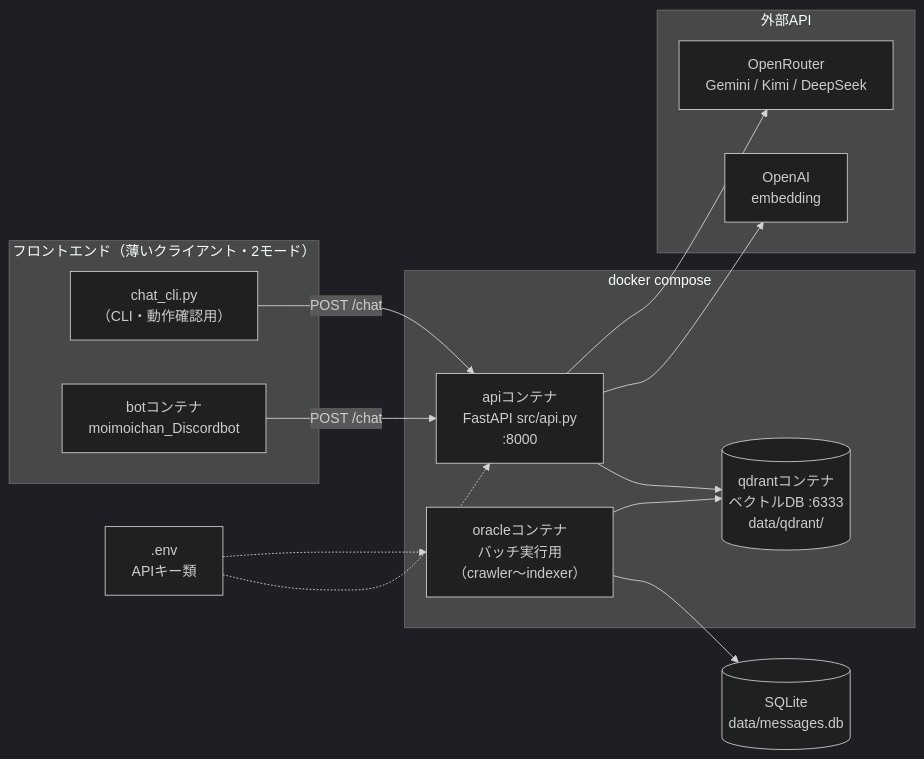
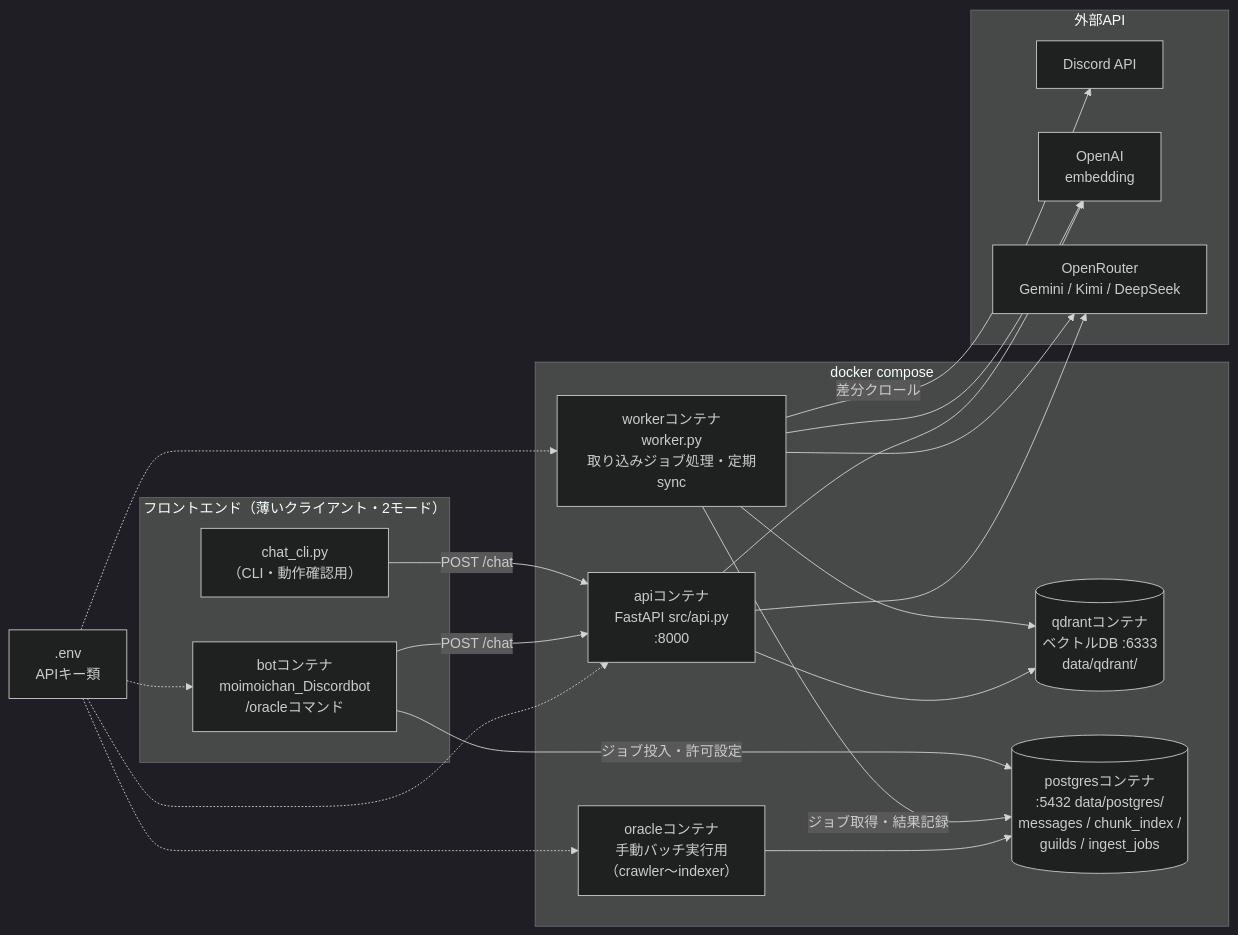
One commit to aigamoid/remember changed the first of 4 diagrams in docs/DIAGRAMS.md. Above: the diagram before and after it, drawn with Mermaid (dark theme). The commit also changed other lines of this file, not shown here.

Commit message:
Update docs/DIAGRAMS.md: コンテナ構成更新・自動取り込みシーケンス図を追加（4図構成）

````diff
--- a/docs/DIAGRAMS.md
+++ b/docs/DIAGRAMS.md
@@ -8,28 +8,33 @@
 ```mermaid
 flowchart LR
     subgraph FRONT["フロントエンド（薄いクライアント・2モード）"]
         CLI["chat_cli.py<br>（CLI・動作確認用）"]
-        BOT["botコンテナ<br>moimoichan_Discordbot"]
+        BOT["botコンテナ<br>moimoichan_Discordbot<br>/oracleコマンド"]
     end
 
     subgraph COMPOSE["docker compose"]
         API["apiコンテナ<br>FastAPI src/api.py<br>:8000"]
+        WORKER["workerコンテナ<br>worker.py<br>取り込みジョブ処理・定期sync"]
         QD[("qdrantコンテナ<br>ベクトルDB :6333<br>data/qdrant/")]
-        ORACLE["oracleコンテナ<br>バッチ実行用<br>（crawler〜indexer）"]
+        PG[("postgresコンテナ<br>:5432 data/postgres/<br>messages / chunk_index /<br>guilds / ingest_jobs")]
+        ORACLE["oracleコンテナ<br>手動バッチ実行用<br>（crawler〜indexer）"]
     end
 
     subgraph EXT["外部API"]
+        DISCORD["Discord API"]
         OAI["OpenAI<br>embedding"]
         ORT["OpenRouter<br>Gemini / Kimi / DeepSeek"]
     end
 
-    SQLITE[("SQLite<br>data/messages.db")]
-
     CLI -- "POST /chat" --> API
     BOT -- "POST /chat" --> API
+    BOT -- "ジョブ投入・許可設定" --> PG
+    WORKER -- "ジョブ取得・結果記録" --> PG
+    WORKER -- "差分クロール" --> DISCORD
+    WORKER --> OAI & ORT
+    WORKER --> QD
     API --> QD
     API --> OAI & ORT
-    ORACLE --> SQLITE
-    ORACLE --> QD
-    ENV[".env<br>APIキー類"] -.-> API & ORACLE
+    ORACLE --> PG
+    ENV[".env<br>APIキー類"] -.-> API & WORKER & ORACLE & BOT
 ```
````
